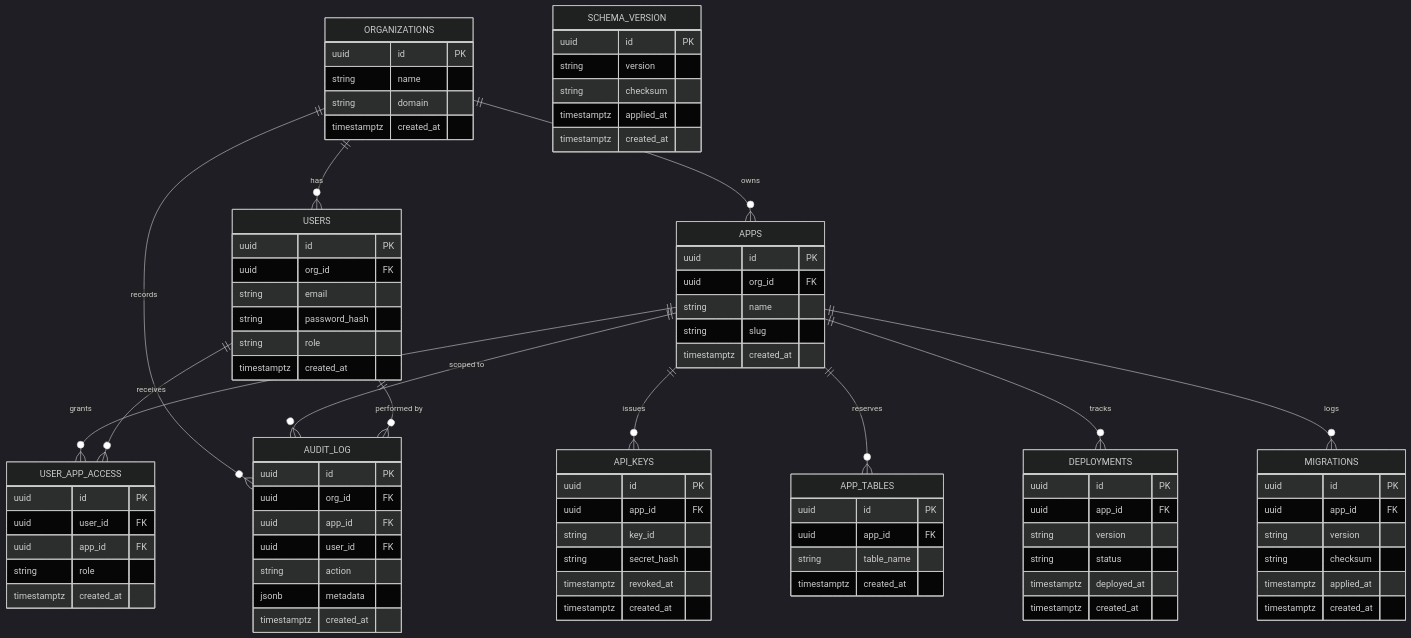
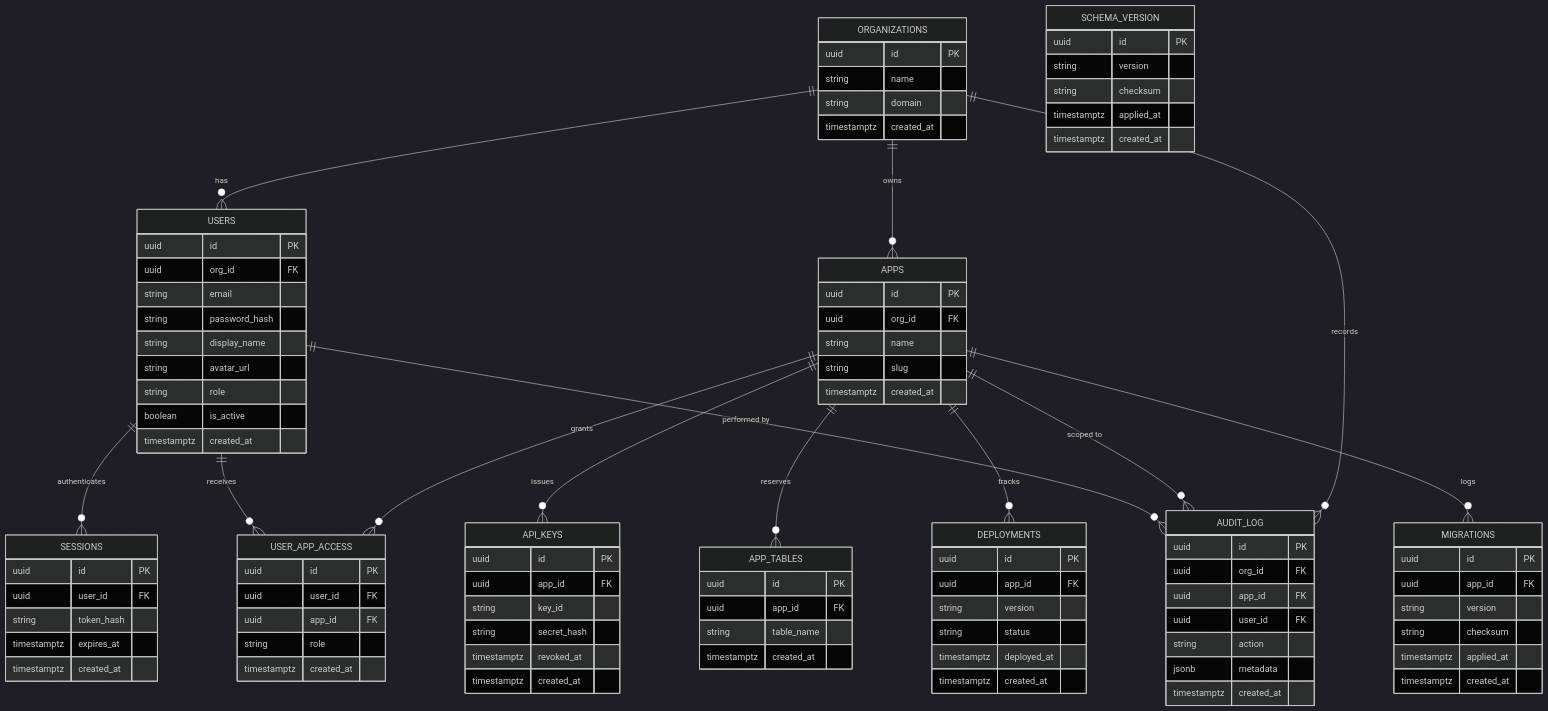
One commit to NabilMouzouna/NubleStation changed the diagram in docs/documentation/platform-database-schema.md. Above: the diagram before and after it, drawn with Mermaid (dark theme). The commit also changed other lines of this file and 5 other files, not shown here.

First line of the commit message:
feat: add sessions table and users.avatar_url for Identity (ADR 014)

````diff
--- a/docs/documentation/platform-database-schema.md
+++ b/docs/documentation/platform-database-schema.md
@@ -18,7 +18,18 @@
         uuid org_id FK
         string email
         string password_hash
+        string display_name
+        string avatar_url
         string role
+        boolean is_active
+        timestamptz created_at
+    }
+
+    SESSIONS {
+        uuid id PK
+        uuid user_id FK
+        string token_hash
+        timestamptz expires_at
         timestamptz created_at
     }
 
@@ -101,4 +112,5 @@
     APPS ||--o{ AUDIT_LOG : "scoped to"
     USERS ||--o{ USER_APP_ACCESS : "receives"
     USERS ||--o{ AUDIT_LOG : "performed by"
+    USERS ||--o{ SESSIONS : "authenticates"
 ```
````
